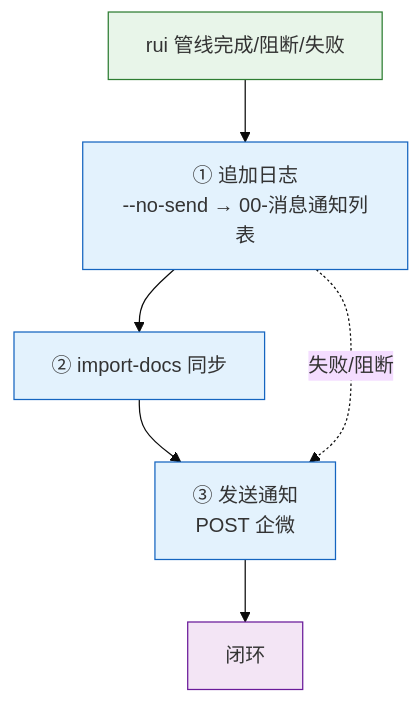
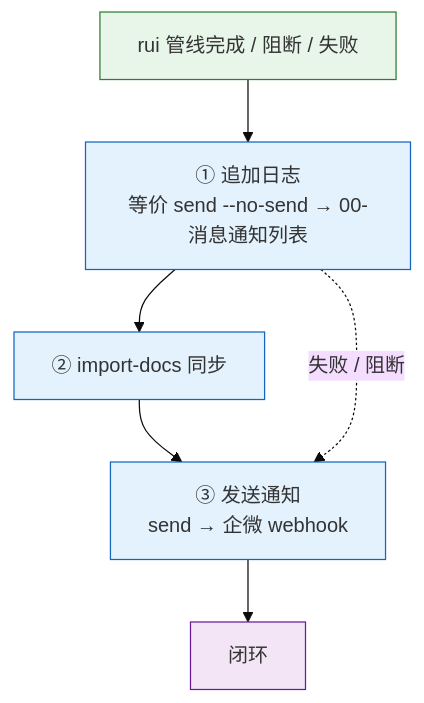
The first of 11 diagrams in skills/wework-bot/SKILL.md (effiy/YrY), drawn with Mermaid (base theme) before and after one commit. The commit also changed other lines of this file and 14 other files, not shown here.

````diff
--- a/skills/wework-bot/SKILL.md
+++ b/skills/wework-bot/SKILL.md
@@ -16,13 +18,13 @@
 ```mermaid
 flowchart TB
-    RUI["rui 管线完成/阻断/失败"]:::src --> LOG["① 追加日志<br/>--no-send → 00-消息通知列表"]:::step
+    RUI["rui 管线完成 / 阻断 / 失败"]:::src --> LOG["① 追加日志<br/>等价 send --no-send → 00-消息通知列表"]:::step
     LOG --> SYNC["② import-docs 同步"]:::step
-    SYNC --> SEND["③ 发送通知<br/>POST 企微"]:::step
+    SYNC --> SEND["③ 发送通知<br/>send → 企微 webhook"]:::step
     SEND --> DONE["闭环"]:::done
 
-    LOG -.->|"失败/阻断"| SEND
+    LOG -.->|"失败 / 阻断"| SEND
 
     classDef src fill:#e8f5e9,stroke:#2e7d32;
     classDef step fill:#e3f2fd,stroke:#1565c0;
     classDef done fill:#f3e5f5,stroke:#6a1b9a;
 ```
````
